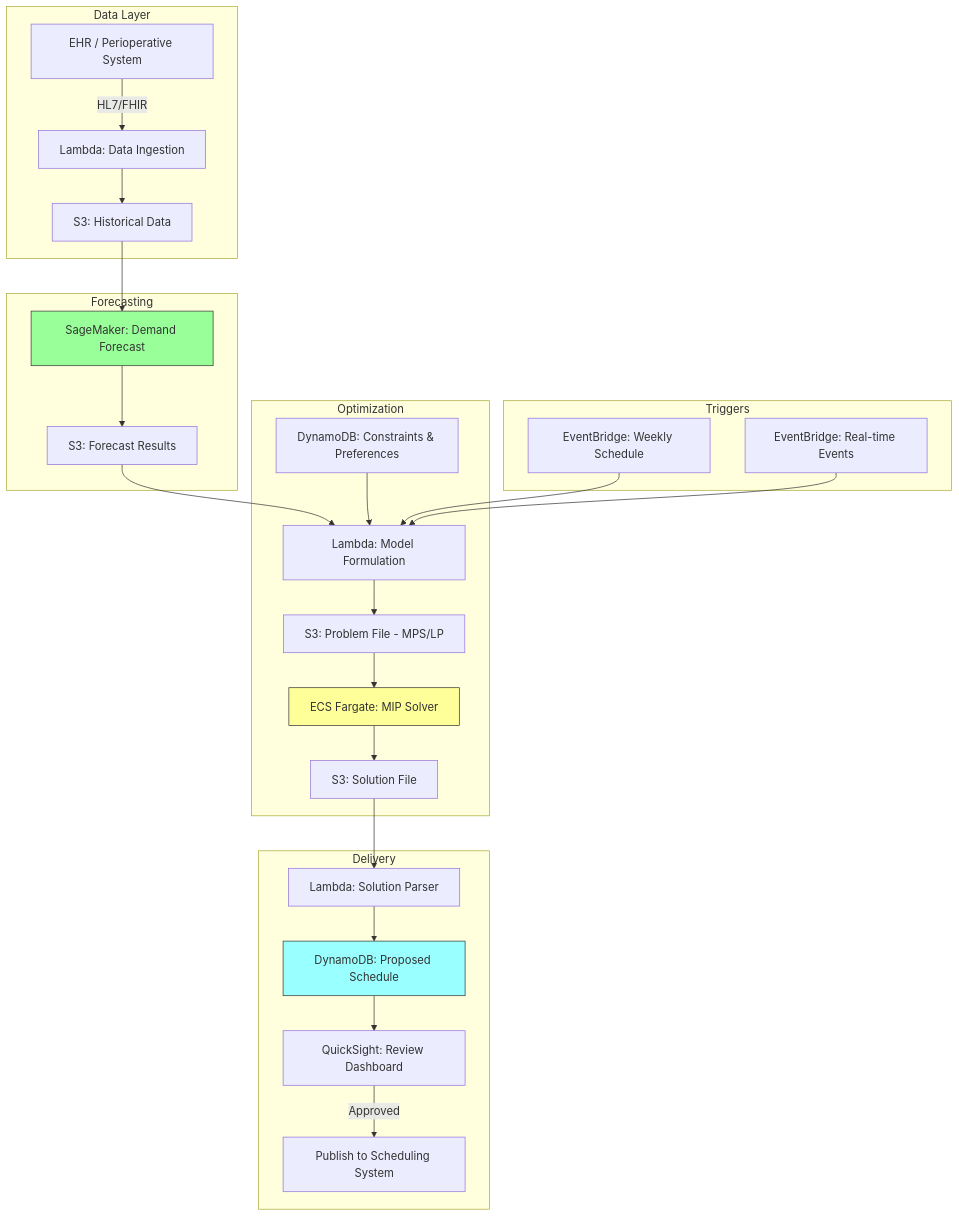
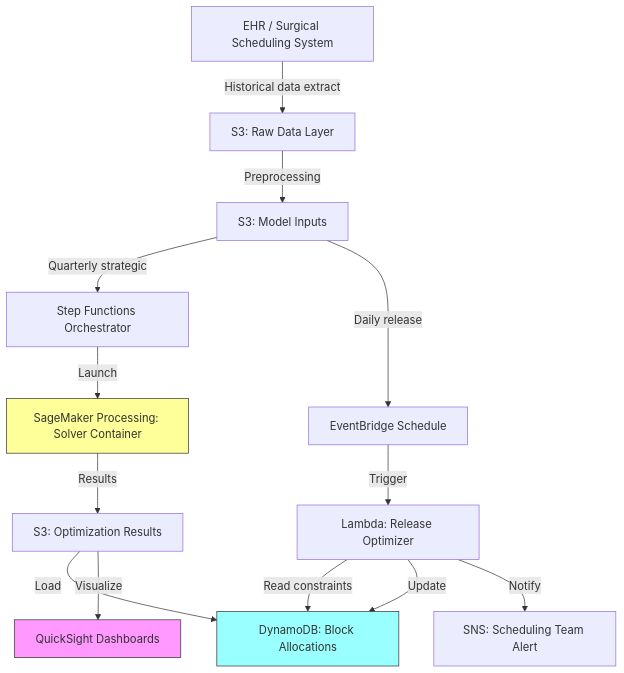
Before and after one commit to ccrngd1/HCLS-ai-book: the diagram in chapter14.05-or-block-scheduling.md, drawn with Mermaid. The commit also changed other lines of this file and 4 other files, not shown here.

````diff
--- a/chapter14.05-or-block-scheduling.md
+++ b/chapter14.05-or-block-scheduling.md
@@ -120,36 +130,21 @@
 ```mermaid
-flowchart TB
-    subgraph Data Layer
-        A[EHR / Perioperative System] -->|HL7/FHIR| B[Lambda: Data Ingestion]
-        B --> C[S3: Historical Data]
-    end
+flowchart TD
+    A[EHR / Surgical Scheduling System] -->|Historical data extract| B[S3: Raw Data Layer]
+    B -->|Preprocessing| C[S3: Model Inputs]
+    
+    C -->|Quarterly strategic| D[Step Functions Orchestrator]
+    D -->|Launch| E[SageMaker Processing: Solver Container]
+    E -->|Results| F[S3: Optimization Results]
+    F -->|Load| G[DynamoDB: Block Allocations]
+    F -->|Visualize| H[QuickSight Dashboards]
+    
+    C -->|Daily release| I[EventBridge Schedule]
+    I -->|Trigger| J[Lambda: Release Optimizer]
+    J -->|Read constraints| G
+    J -->|Update| G
+    J -->|Notify| K[SNS: Scheduling Team Alert]
 
-    subgraph Forecasting
-        C --> D[SageMaker: Demand Forecast]
-        D --> E[S3: Forecast Results]
-    end
-
-    subgraph Optimization
-        E --> F[Lambda: Model Formulation]
-        G[DynamoDB: Constraints & Preferences] --> F
-        F --> H[S3: Problem File - MPS/LP]
-        H --> I[ECS Fargate: MIP Solver]
-        I --> J[S3: Solution File]
-    end
-
-    subgraph Delivery
-        J --> K[Lambda: Solution Parser]
-        K --> L[DynamoDB: Proposed Schedule]
-        L --> M[QuickSight: Review Dashboard]
-        M -->|Approved| N[Publish to Scheduling System]
-    end
-
-    subgraph Triggers
-        O[EventBridge: Weekly Schedule] --> F
-        P[EventBridge: Real-time Events] --> F
-    end
-
-    style I fill:#ff9,stroke:#333
-    style D fill:#9f9,stroke:#333
-    style L fill:#9ff,stroke:#333
+    style E fill:#ff9,stroke:#333
+    style G fill:#9ff,stroke:#333
+    style H fill:#f9f,stroke:#333
 ```
````
